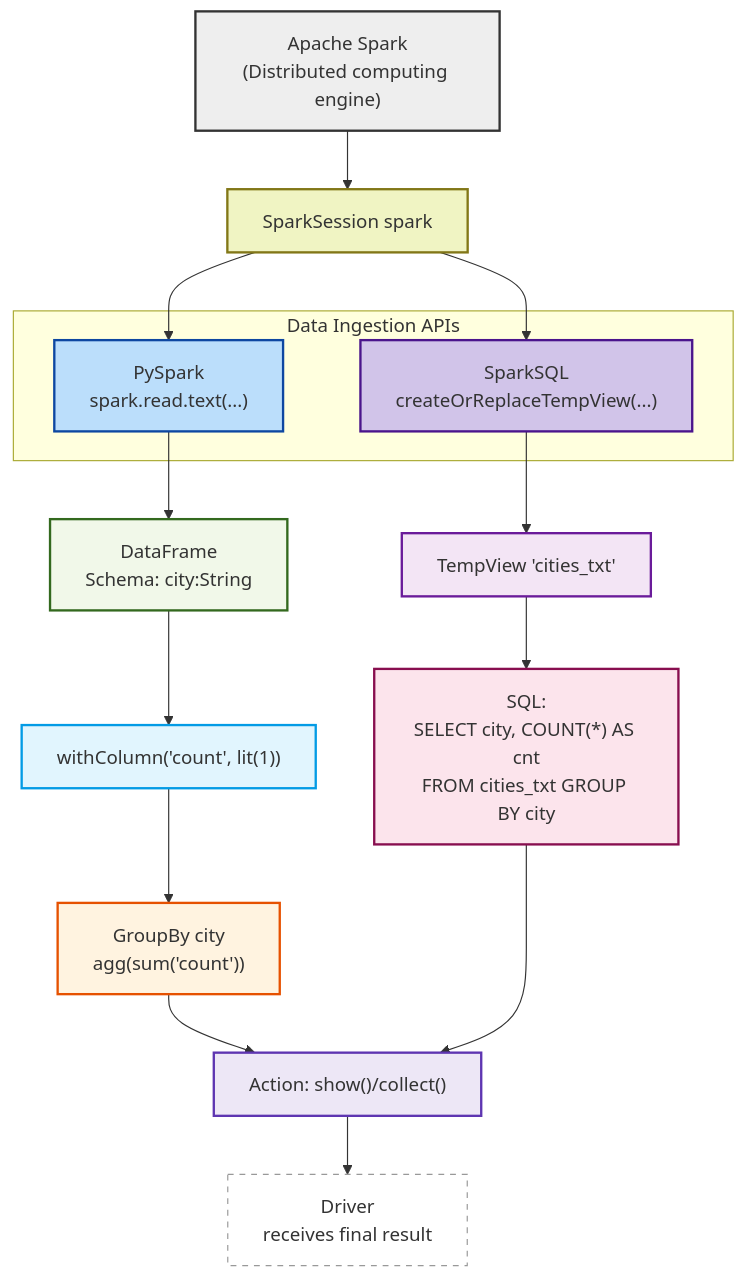
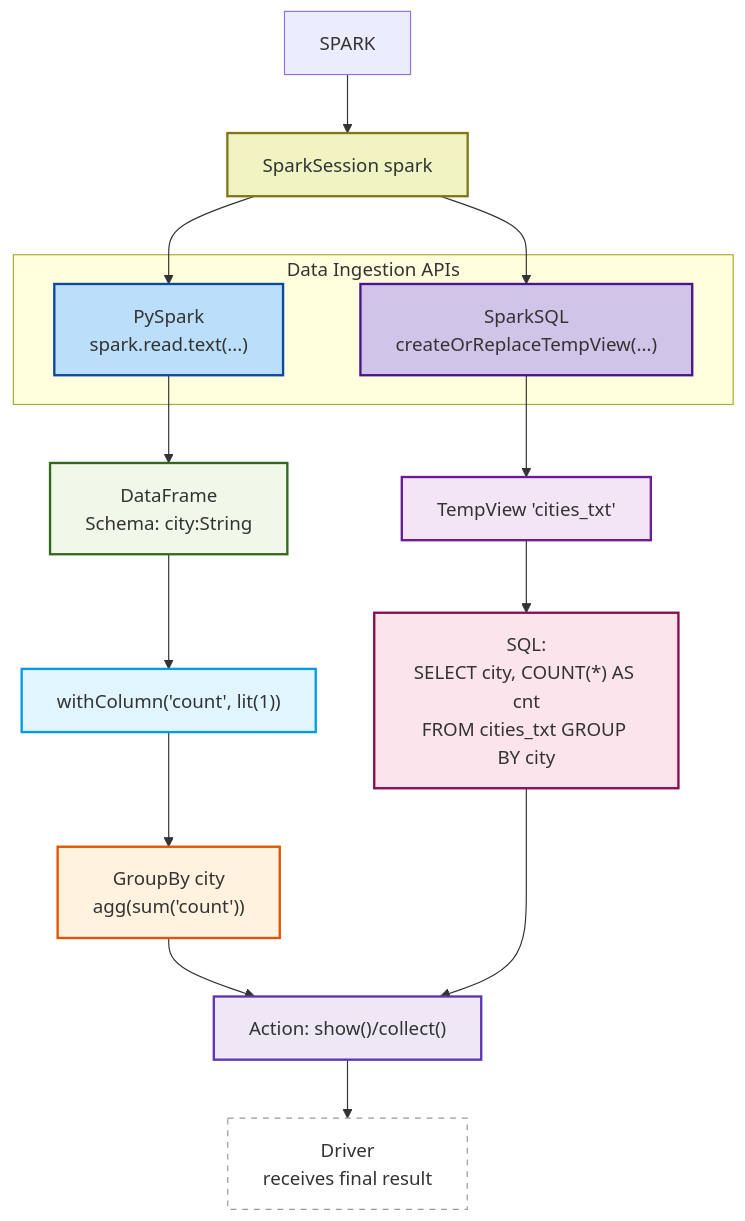
Before and after one commit to blaire101/Spark-Journey-2025: the first of 3 diagrams in README.md, drawn with Mermaid. The commit also changed other lines of this file, not shown here.

````diff
--- a/README.md
+++ b/README.md
@@ -5,37 +6,34 @@
 ```mermaid
 flowchart TB
-    SPARK["Apache Spark<br>(Distributed computing engine)"]
     Session["SparkSession spark"]
-
     subgraph APIs ["Data Ingestion APIs"]
       PyAPI["PySpark<br>spark.read.text(...)"]
       SQLAPI["SparkSQL<br>createOrReplaceTempView(...)"]
     end
 
     SPARK --> Session
     Session --> PyAPI
     Session --> SQLAPI
 
     PyAPI --> DF1["DataFrame<br>Schema: city:String"]
     SQLAPI --> TempView["TempView 'cities_txt'"]
 
     DF1 --> WithCount["withColumn('count', lit(1))"]
     TempView --> SQL1["SQL:<br>SELECT city, COUNT(*) AS cnt<br>FROM cities_txt GROUP BY city"]
 
     WithCount --> GroupByDF["GroupBy city<br>agg(sum('count'))"]
     GroupByDF & SQL1 --> Action["Action: show()/collect()"]
     Action --> Driver["Driver<br>receives final result"]
 
     %% Styling
-    style SPARK    fill:#eeeeee,stroke:#333,stroke-width:2px
     style Session  fill:#f0f4c3,stroke:#827717,stroke-width:2px
     style PyAPI    fill:#bbdefb,stroke:#0d47a1,stroke-width:2px
     style SQLAPI   fill:#d1c4e9,stroke:#4a148c,stroke-width:2px
     style DF1      fill:#f1f8e9,stroke:#33691e,stroke-width:2px
     style WithCount fill:#e1f5fe,stroke:#039be5,stroke-width:2px
     style GroupByDF fill:#fff3e0,stroke:#e65100,stroke-width:2px
     style TempView fill:#f3e5f5,stroke:#6a1b9a,stroke-width:2px
     style SQL1     fill:#fce4ec,stroke:#880e4f,stroke-width:2px
     style Action   fill:#ede7f6,stroke:#5e35b1,stroke-width:2px
     style Driver   fill:#ffffff,stroke:#999,stroke-width:1px,stroke-dasharray:5 5
 ```
````
